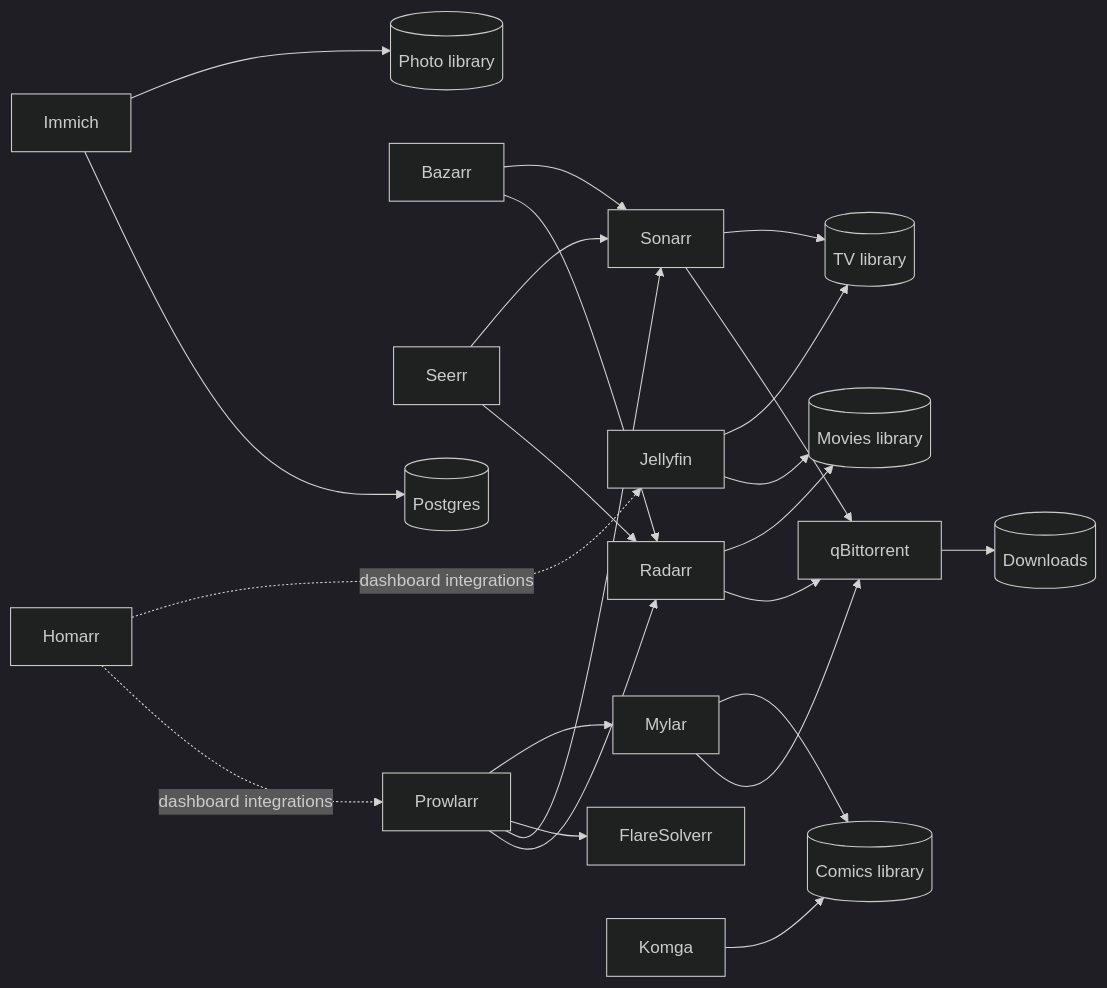
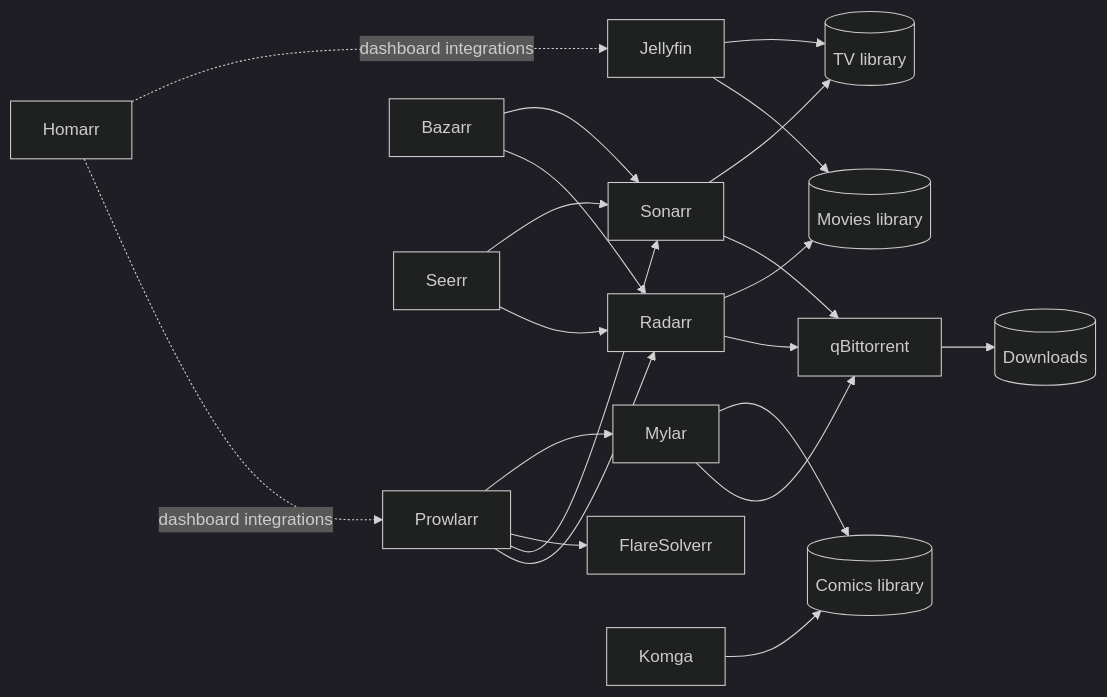
One commit to chevlpcmp-lab/HomeFalloutServer changed the fourth of 4 diagrams in docs/architecture.md. Above: the diagram before and after it, drawn with Mermaid (dark theme). The commit also changed other lines of this file and 24 other files, not shown here.

````diff
--- a/docs/architecture.md
+++ b/docs/architecture.md
@@ -143,25 +139,23 @@
 ```mermaid
 flowchart LR
     Prowlarr --> Radarr
     Prowlarr --> Sonarr
     Prowlarr --> FlareSolverr
     Radarr --> qBittorrent
     Sonarr --> qBittorrent
     Bazarr --> Radarr
     Bazarr --> Sonarr
     Seerr --> Radarr
     Seerr --> Sonarr
     Prowlarr --> Mylar
     Mylar --> qBittorrent
     Radarr --> Movies[("Movies library")]
     Sonarr --> TV[("TV library")]
     Mylar --> Comics[("Comics library")]
     qBittorrent --> Downloads[("Downloads")]
     Jellyfin --> Movies
     Jellyfin --> TV
     Komga --> Comics
     Homarr -.->|dashboard integrations| Prowlarr
     Homarr -.->|dashboard integrations| Jellyfin
-    Immich --> Postgres[("Postgres")]
-    Immich --> Photos[("Photo library")]
 ```
````
